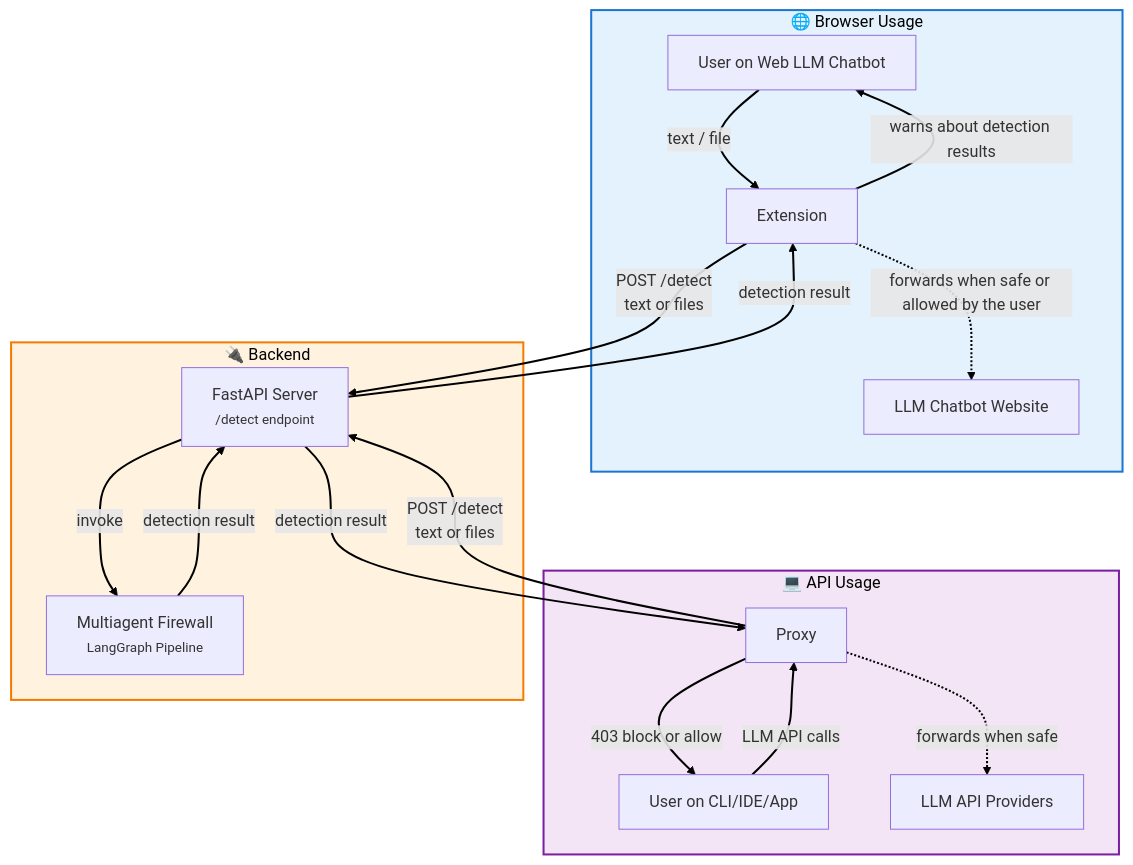
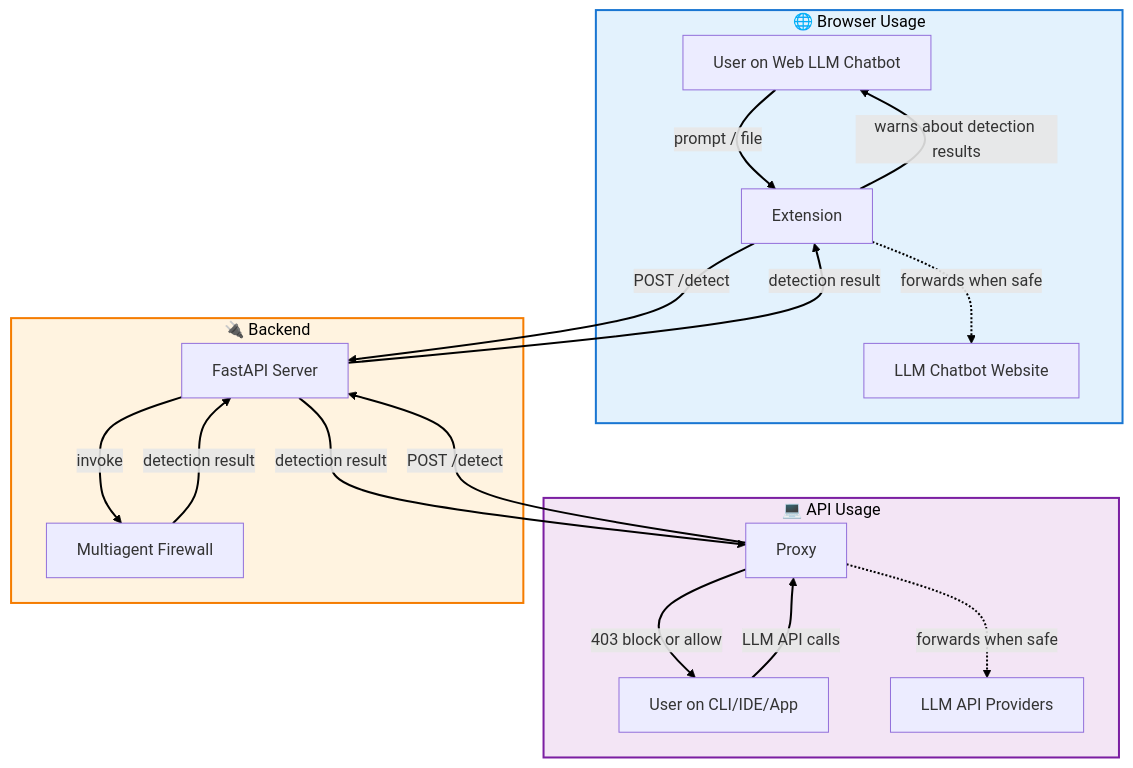
The diagram in README.md (xHugo21/minos-verdict-mesh), drawn with Mermaid before and after one commit. The commit also changed other lines of this file, not shown here.

````diff
--- a/README.md
+++ b/README.md
@@ -15,37 +15,37 @@
 ```mermaid
 flowchart TB
     subgraph Browser["🌐 Browser Usage"]
         USER1[User on Web LLM Chatbot]
         EXT[Extension]
         LLMCHATBOT[LLM Chatbot Website]
         
-        USER1 -->|text / file| EXT
+        USER1 -->|prompt / file| EXT
         EXT -->|warns about detection results| USER1
-        EXT -.->|forwards when safe or allowed by the user| LLMCHATBOT
+        EXT -.->|forwards when safe| LLMCHATBOT
     end
     subgraph SystemWide["💻 API Usage"]
         USER2[User on CLI/IDE/App]
         PROXY[Proxy]
         LLMAPI[LLM API Providers]
         
         USER2 -->|LLM API calls| PROXY
         PROXY -->|403 block or allow| USER2
         PROXY -.->|forwards when safe| LLMAPI
     end
     subgraph Backend["🔌 Backend"]
-        API[FastAPI Server<br/><small>/detect endpoint</small>]
-        FIREWALL[Multiagent Firewall<br/><small>LangGraph Pipeline</small>]
+        API[FastAPI Server]
+        FIREWALL[Multiagent Firewall]
         API -->|invoke | FIREWALL
         FIREWALL -->|detection result| API
     end
-    EXT -->|POST /detect<br/>text or files| API
-    PROXY -->|POST /detect<br/>text or files| API
+    EXT -->|POST /detect| API
+    PROXY -->|POST /detect| API
     
     API -->|detection result| EXT
     API -->|detection result| PROXY
     style Browser fill:#e3f2fd,stroke:#1976d2,stroke-width:2px,color:#000
     style SystemWide fill:#f3e5f5,stroke:#7b1fa2,stroke-width:2px,color:#000
     style Backend fill:#fff3e0,stroke:#f57c00,stroke-width:2px,color:#000
 
     linkStyle default stroke:#000,stroke-width:2px
 ```
````
